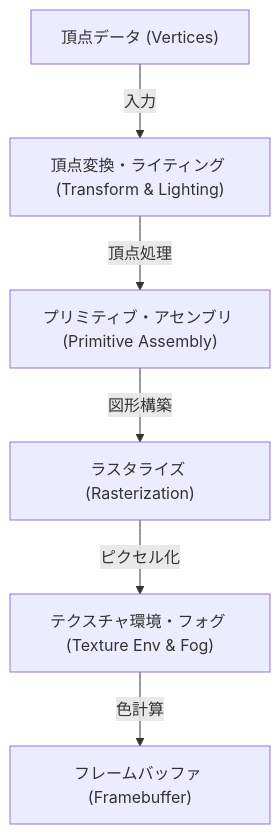
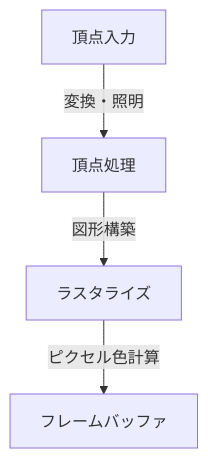
One commit to kenjinote/blog changed the first of 2 diagrams in content/post/opengl-basics-and-history/index.md. Above: the diagram before and after it, drawn with Mermaid. The commit also changed other lines of this file and 129 other files, not shown here.

````diff
--- a/content/post/opengl-basics-and-history/index.md
+++ b/content/post/opengl-basics-and-history/index.md
@@ -41,15 +35,6 @@
 ```mermaid
 graph TD
-    A["頂点データ (Vertices)"]
-    B["頂点変換・ライティング (Transform & Lighting)"]
-    C["プリミティブ・アセンブリ (Primitive Assembly)"]
-    D["ラスタライズ (Rasterization)"]
-    E["テクスチャ環境・フォグ (Texture Env & Fog)"]
-    F["フレームバッファ (Framebuffer)"]
-
-    A -- "入力" --> B
-    B -- "頂点処理" --> C
-    C -- "図形構築" --> D
-    D -- "ピクセル化" --> E
-    E -- "色計算" --> F
+    A["頂点入力"] -- "変換・照明" --> B["頂点処理"]
+    B -- "図形構築" --> C["ラスタライズ"]
+    C -- "ピクセル色計算" --> D["フレームバッファ"]
 ```
````
